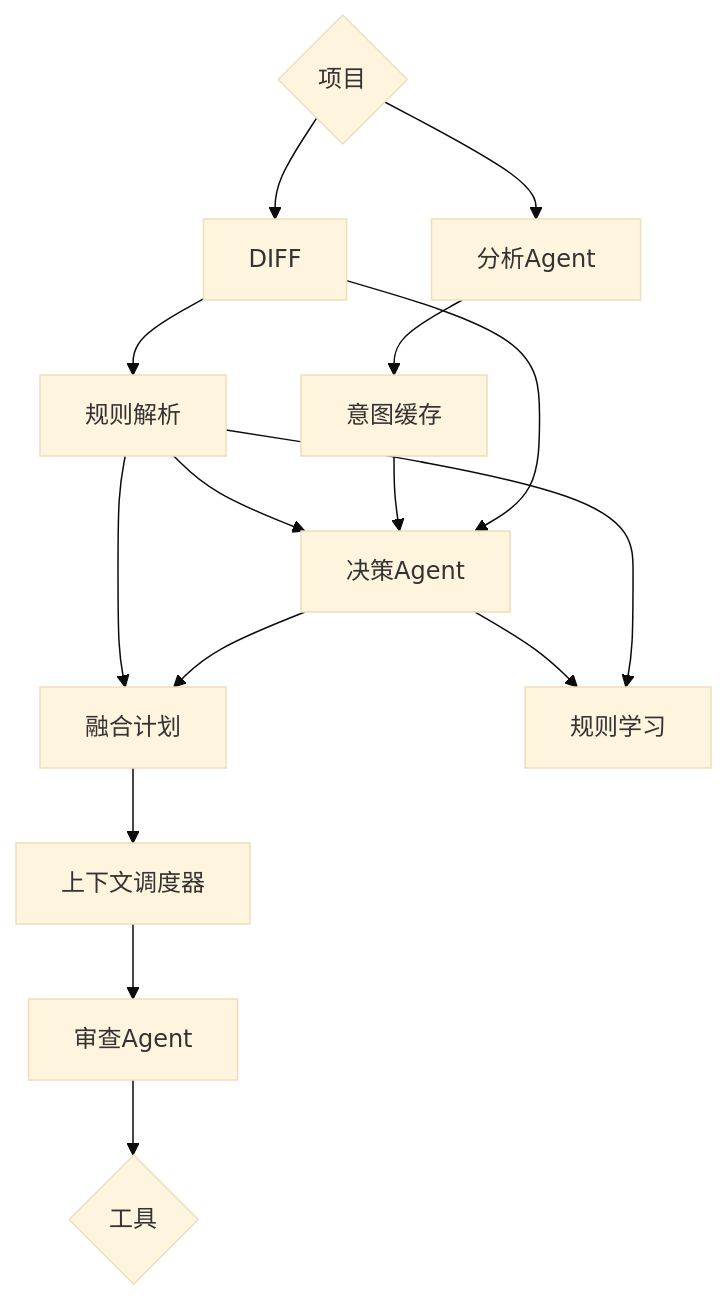
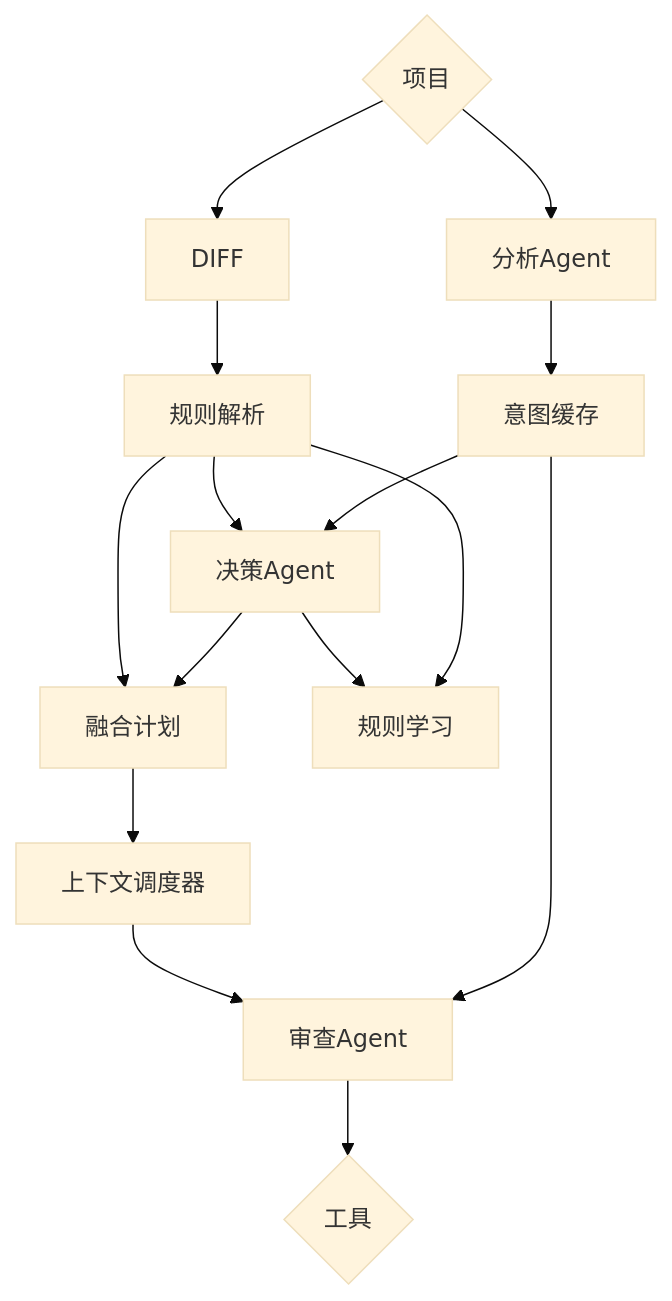
The fourth of 5 diagrams in etc/核心文档/总规划.md (Gust-feng/DeltaConverge), drawn with Mermaid (base theme) before and after one commit. The commit also changed other lines of this file and 16 other files, not shown here.

````diff
--- a/etc/核心文档/总规划.md
+++ b/etc/核心文档/总规划.md
@@ -90,17 +90,17 @@
 ```mermaid
 flowchart TD
 	X{项目} --> A[DIFF]
 	X --> Z[分析Agent]
     A --> B[规则解析]
     B --> C
-	H -->C
-    A --> C[决策Agent]
+	H -->C[决策Agent]
     B --> D[融合计划]
     C --> D
     C --> I
     D --> E[上下文调度器]
     E --> F[审查Agent]
     F --> G{工具}
     Z --> H[意图缓存]
+    H --> F
     B --> I[规则学习]
 ```
````
